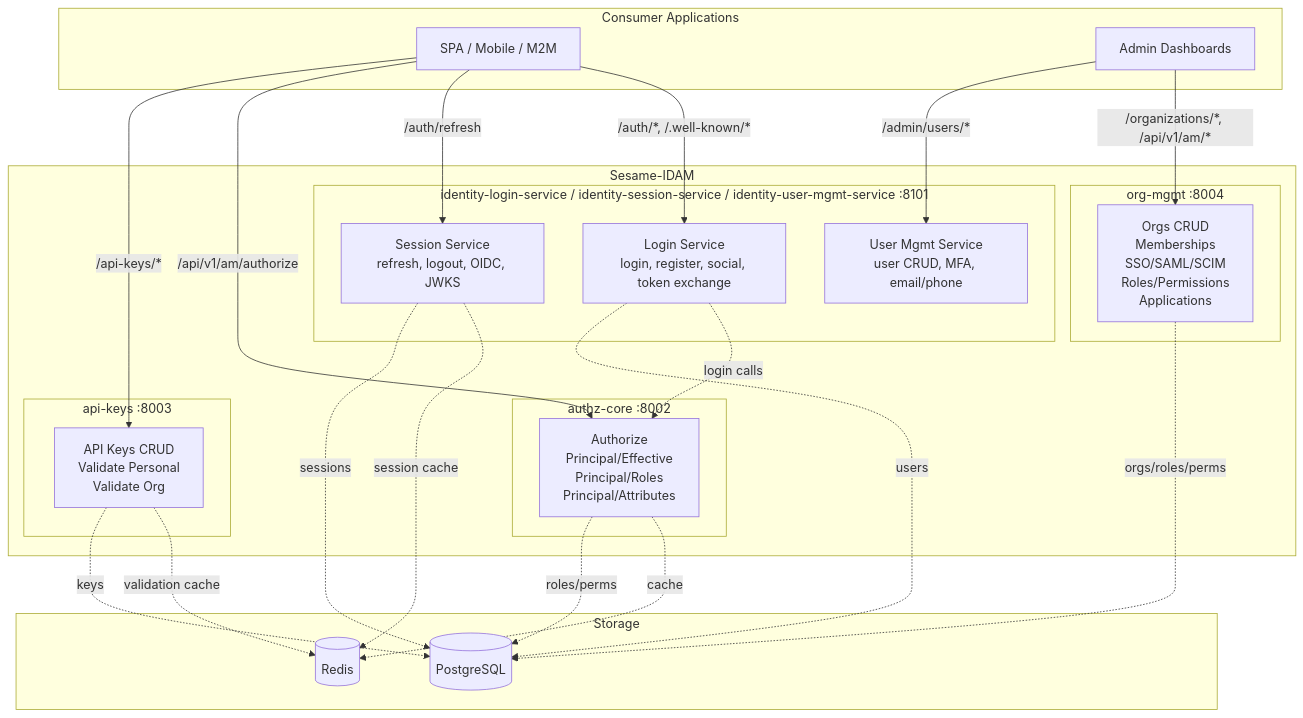
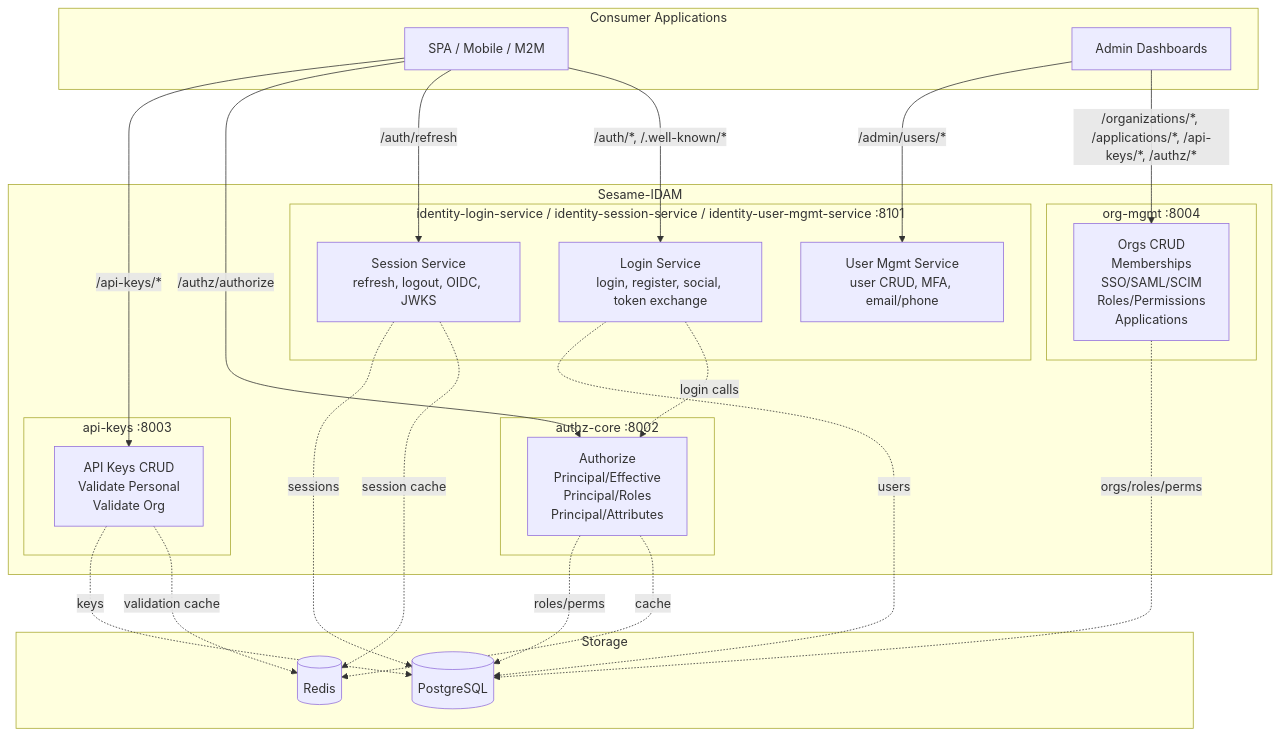
The first of 2 diagrams in docs/mermaid/HLD.md (microscaler/sesame-idam), drawn with Mermaid before and after one commit. The commit also changed 15 other files, not shown here.

````diff
--- a/docs/mermaid/HLD.md
+++ b/docs/mermaid/HLD.md
@@ -10,46 +10,46 @@
 ```mermaid
 graph TB
     subgraph "Consumer Applications"
         SPA[SPA / Mobile / M2M]
         Admin[Admin Dashboards]
     end
 
     subgraph "Sesame-IDAM"
         subgraph "identity-login-service / identity-session-service / identity-user-mgmt-service :8101"
             LS[Login Service<br/>login, register, social, token exchange]
             SS[Session Service<br/>refresh, logout, OIDC, JWKS]
             UM[User Mgmt Service<br/>user CRUD, MFA, email/phone]
         end
         subgraph "authz-core :8002"
             AC[Authorize<br/>Principal/Effective<br/>Principal/Roles<br/>Principal/Attributes]
         end
         subgraph "api-keys :8003"
             AK[API Keys CRUD<br/>Validate Personal<br/>Validate Org]
         end
         subgraph "org-mgmt :8004"
             OM[Orgs CRUD<br/>Memberships<br/>SSO/SAML/SCIM<br/>Roles/Permissions<br/>Applications]
         end
     end
 
     subgraph "Storage"
         PG[(PostgreSQL)]
         Redis[(Redis)]
     end
 
     SPA -->|/auth/*, /.well-known/*| LS
     SPA -->|/auth/refresh| SS
-    SPA -->|/api/v1/am/authorize| AC
+    SPA -->|/authz/authorize| AC
     SPA -->|/api-keys/*| AK
-    Admin -->|/organizations/*, /api/v1/am/*| OM
+    Admin -->|/organizations/*, /applications/*, /api-keys/*, /authz/*| OM
     Admin -->|/admin/users/*| UM
 
     LS -. login calls .-> AC
     AC -. cache .-> Redis
     SS -. session cache .-> Redis
     AK -. validation cache .-> Redis
     LS -. users .-> PG
     SS -. sessions .-> PG
     AC -. roles/perms .-> PG
     AK -. keys .-> PG
     OM -. orgs/roles/perms .-> PG
 ```
````
